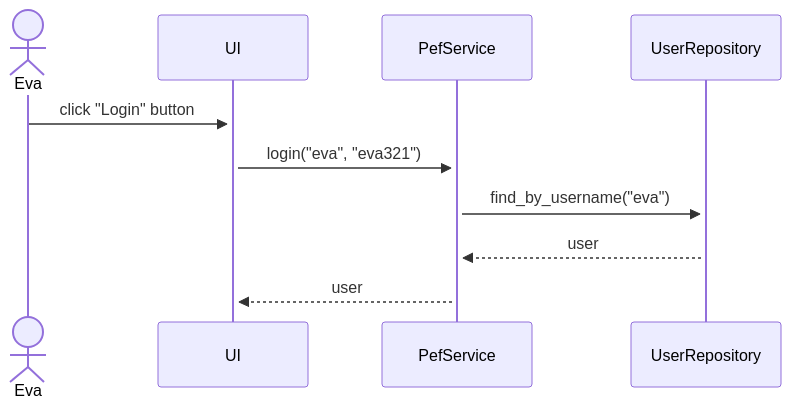
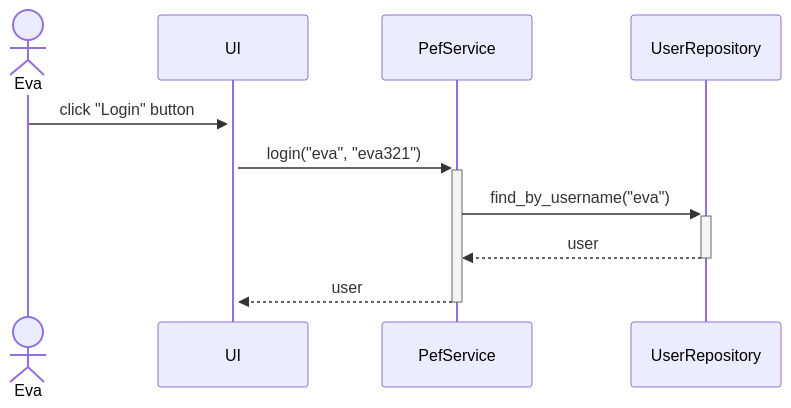
The second of 4 diagrams in dokumentaatio/arkkitehtuuri.md (JVilo/ot-harjoitustyo), drawn with Mermaid before and after one commit. The commit also changed other lines of this file, not shown here.

Commit message:
little fixes to the Sequence diagrams

````diff
--- a/dokumentaatio/arkkitehtuuri.md
+++ b/dokumentaatio/arkkitehtuuri.md
@@ -90,12 +90,12 @@
 ```mermaid
 sequenceDiagram
   actor Eva
   participant UI
   participant PefService
   participant UserRepository
   Eva->>+UI: click "Login" button
   UI->>+PefService: login("eva", "eva321")
   PefService->>+UserRepository: find_by_username("eva")
-  UserRepository-->>PefService: user
-  PefService-->>UI: user
+  UserRepository-->>-PefService: user
+  PefService-->>-UI: user
 ```
````
